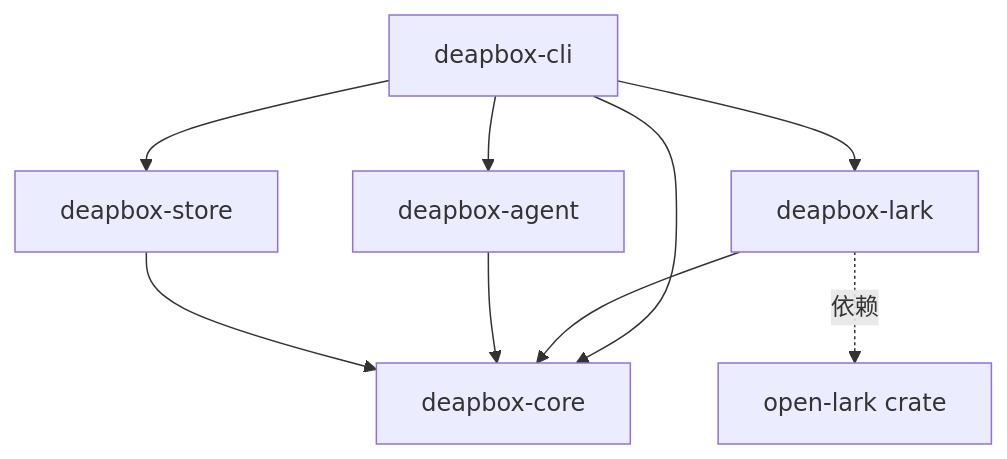
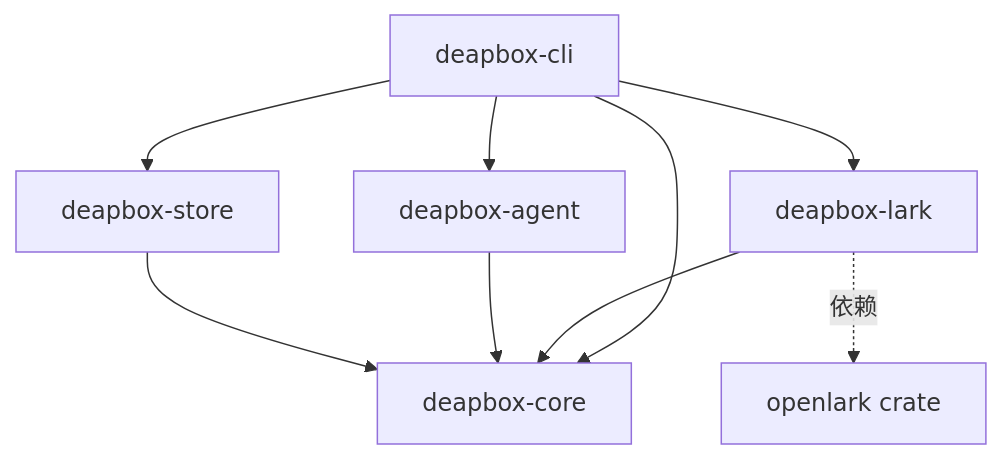
The fourth of 6 diagrams in docs/ARCHITECTURE.md (bzlir/deapbox), drawn with Mermaid before and after one commit. The commit also changed other lines of this file and 5 other files, not shown here.

First line of the commit message:
TES-96: migrate deapbox-lark SDK to foxzool/openlark 0.20.0

````diff
--- a/docs/ARCHITECTURE.md
+++ b/docs/ARCHITECTURE.md
@@ -174,11 +174,11 @@
 ```mermaid
 graph TD
     CLI[deapbox-cli] --> CORE[deapbox-core]
     CLI --> LARK[deapbox-lark]
     CLI --> AGENT[deapbox-agent]
     CLI --> STORE[deapbox-store]
     LARK --> CORE
     AGENT --> CORE
     STORE --> CORE
-    LARK -.->|依赖| OpenLark[open-lark crate]
+    LARK -.->|依赖| OpenLark[openlark crate]
 ```
````
